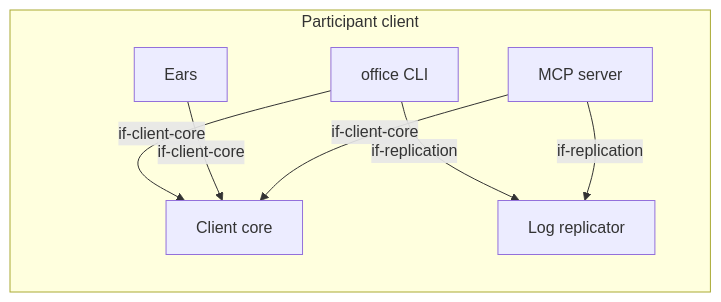
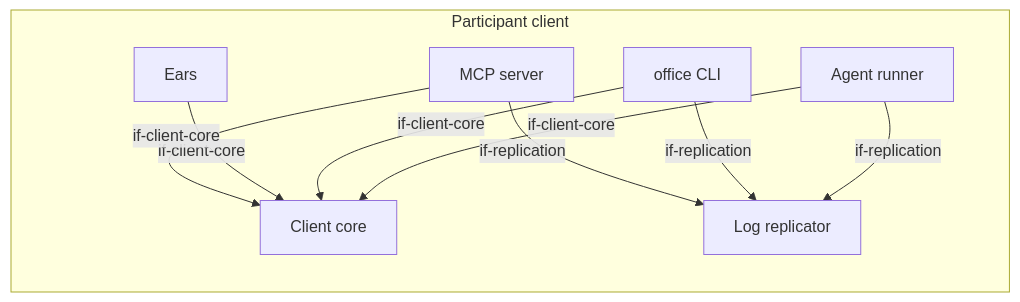
Before and after one commit to mrsimpson/agentic-office: the third of 3 diagrams in docs/architecture/05-building-blocks.arc42.md, drawn with Mermaid. The commit also changed other lines of this file and 15 other files, not shown here.

First line of the commit message:
Architecture of the agent runner; the rule on AI binds the hub only (#79)

````diff
--- a/docs/architecture/05-building-blocks.arc42.md
+++ b/docs/architecture/05-building-blocks.arc42.md
@@ -540,15 +542,18 @@
 ```mermaid
 flowchart LR
     subgraph bb_participant_client [Participant client]
+        bb_agent_runner[Agent runner]
         bb_cli[office CLI]
         bb_client_core[Client core]
         bb_ears[Ears]
         bb_mcp[MCP server]
         bb_replicator[Log replicator]
     end
+    bb_agent_runner -->|if-client-core| bb_client_core
+    bb_agent_runner -->|if-replication| bb_replicator
     bb_cli -->|if-client-core| bb_client_core
     bb_cli -->|if-replication| bb_replicator
     bb_ears -->|if-client-core| bb_client_core
     bb_mcp -->|if-client-core| bb_client_core
     bb_mcp -->|if-replication| bb_replicator
 ```
````
